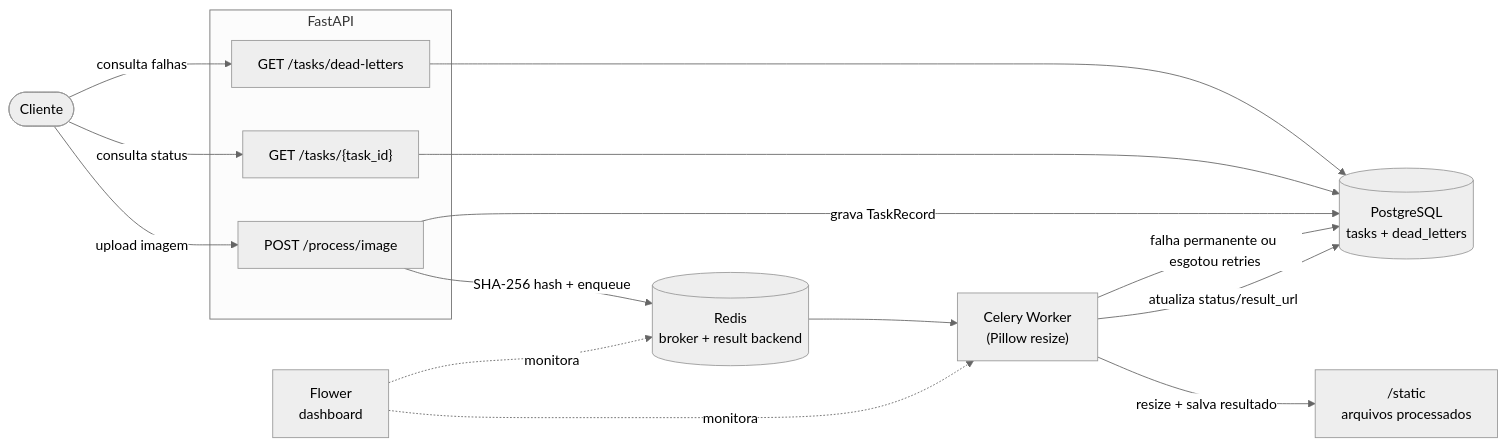
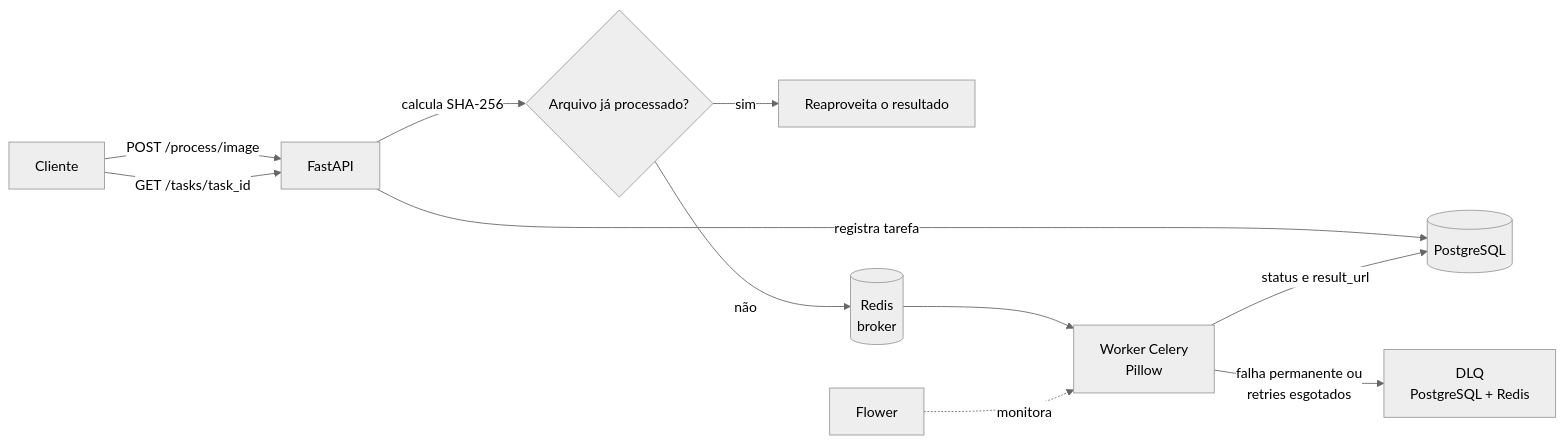
Before and after one commit to PedroHTLemos/async-task-hub: the diagram in README.md, drawn with Mermaid (neutral theme). The commit also changed other lines of this file and 5 other files, not shown here.

````diff
--- a/README.md
+++ b/README.md
@@ -23,33 +23,13 @@
 ```mermaid
 flowchart LR
-    Client(["Cliente"])
-
-    subgraph API["FastAPI"]
-        Upload["POST /process/image"]
-        Status["GET /tasks/{task_id}"]
-        DLQList["GET /tasks/dead-letters"]
-    end
-
-    Redis[("Redis<br/>broker + result backend")]
-    Worker["Celery Worker<br/>(Pillow resize)"]
-    Postgres[("PostgreSQL<br/>tasks + dead_letters")]
-    Flower["Flower<br/>dashboard"]
-    Static["/static<br/>arquivos processados"]
-
-    Client -->|upload imagem| Upload
-    Upload -->|SHA-256 hash + enqueue| Redis
-    Upload -->|grava TaskRecord| Postgres
-    Redis --> Worker
-    Worker -->|resize + salva resultado| Static
-    Worker -->|atualiza status/result_url| Postgres
-    Worker -->|falha permanente ou esgotou retries| Postgres
-
-    Client -->|consulta status| Status
-    Status --> Postgres
-
-    Client -->|consulta falhas| DLQList
-    DLQList --> Postgres
-
-    Flower -.->|monitora| Worker
-    Flower -.->|monitora| Redis
+    C[Cliente] -->|POST /process/image| API[FastAPI]
+    API -->|calcula SHA-256| IDEM{Arquivo já processado?}
+    IDEM -- sim --> REUSE[Reaproveita o resultado]
+    IDEM -- não --> Q[(Redis<br/>broker)]
+    API -->|registra tarefa| PG[(PostgreSQL)]
+    Q --> W[Worker Celery<br/>Pillow]
+    W -->|status e result_url| PG
+    W -->|falha permanente ou<br/>retries esgotados| DLQ[DLQ<br/>PostgreSQL + Redis]
+    C -->|GET /tasks/task_id| API
+    F[Flower] -.monitora.-> W
 ```
````
